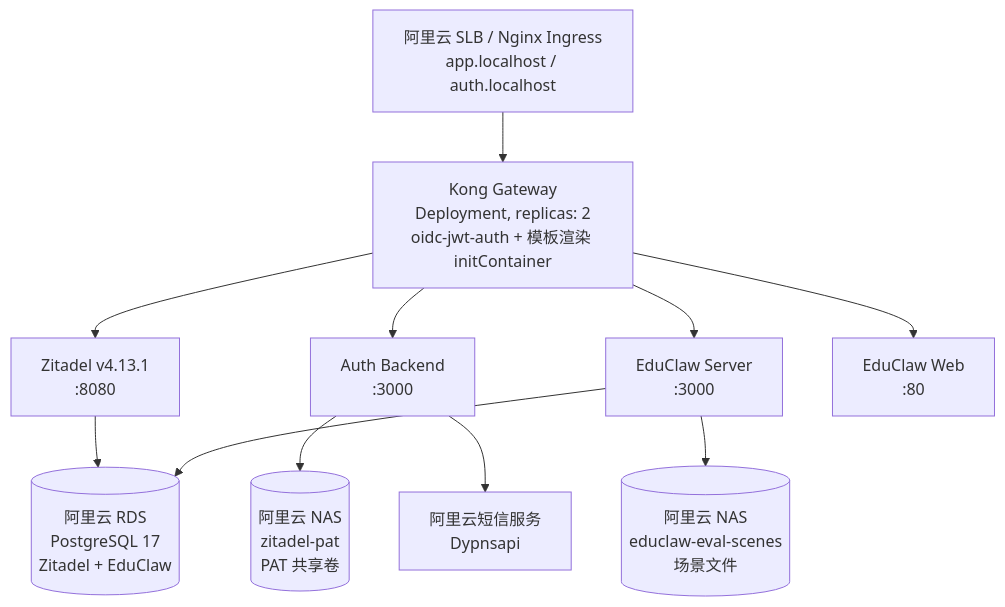
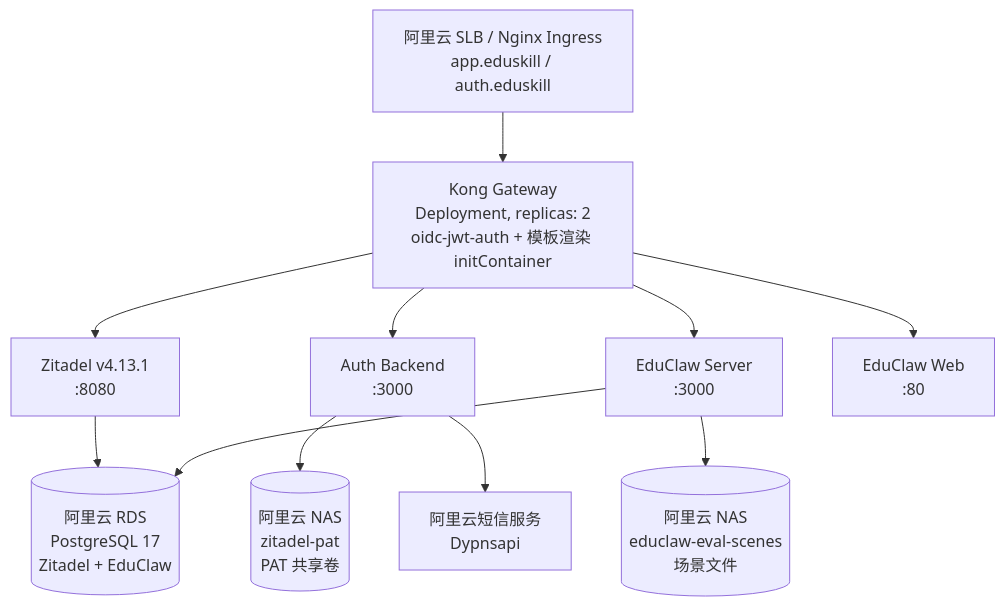
The diagram in docs/ACK.md (Cloudlove93/SkillStudio), drawn with Mermaid before and after one commit. The commit also changed other lines of this file, not shown here.

````diff
--- a/docs/ACK.md
+++ b/docs/ACK.md
@@ -5,24 +5,24 @@
 ```mermaid
 flowchart TD
-    SLB[阿里云 SLB / Nginx Ingress<br/>app.localhost / auth.localhost]
+    SLB[阿里云 SLB / Nginx Ingress<br/>app.eduskill / auth.eduskill]
     Kong[Kong Gateway<br/>Deployment, replicas: 2<br/>oidc-jwt-auth + 模板渲染 initContainer]
     Zitadel[Zitadel v4.13.1<br/>:8080]
     AuthBackend[Auth Backend<br/>:3000]
     EduServer[EduClaw Server<br/>:3000]
     EduWeb[EduClaw Web<br/>:80]
     RDS[(阿里云 RDS<br/>PostgreSQL 17<br/>Zitadel + EduClaw)]
     NAS_Eval[(阿里云 NAS<br/>educlaw-eval-scenes<br/>场景文件)]
     NAS_PAT[(阿里云 NAS<br/>zitadel-pat<br/>PAT 共享卷)]
     SMS[阿里云短信服务<br/>Dypnsapi]
 
     SLB --> Kong
     Kong --> Zitadel
     Kong --> AuthBackend
     Kong --> EduServer
     Kong --> EduWeb
     Zitadel --> RDS
     EduServer --> RDS
     EduServer --> NAS_Eval
     AuthBackend --> NAS_PAT
     AuthBackend --> SMS
 ```
````
